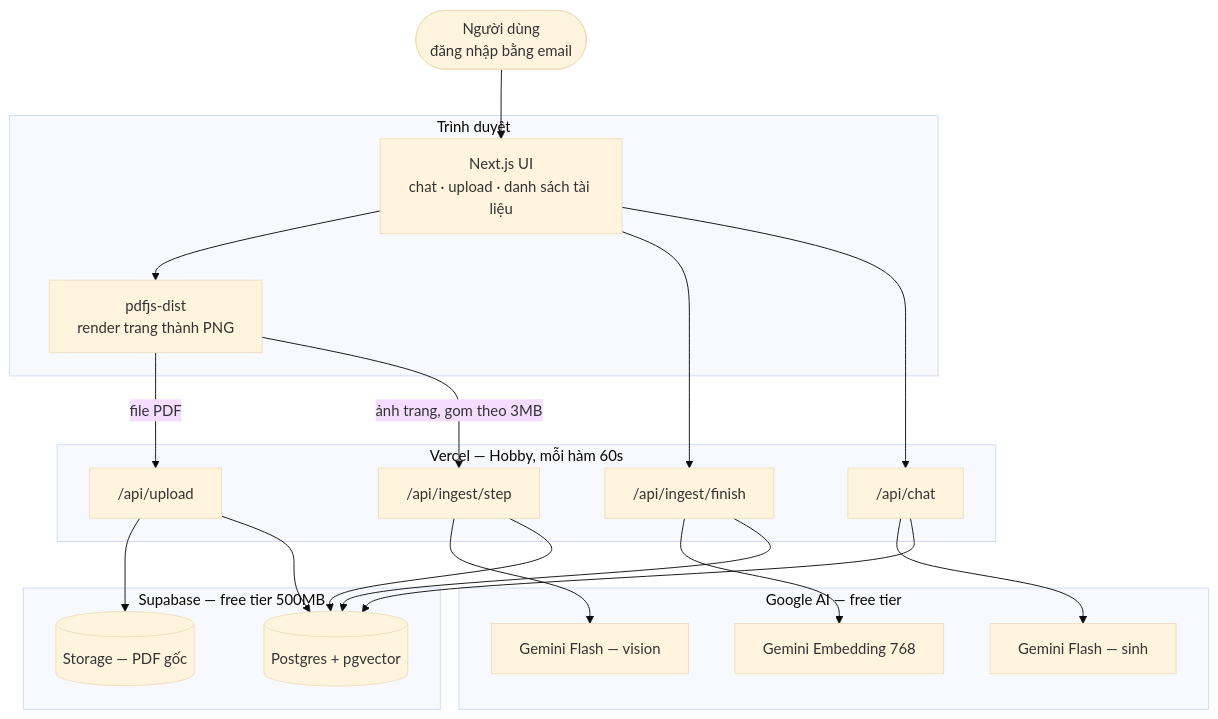
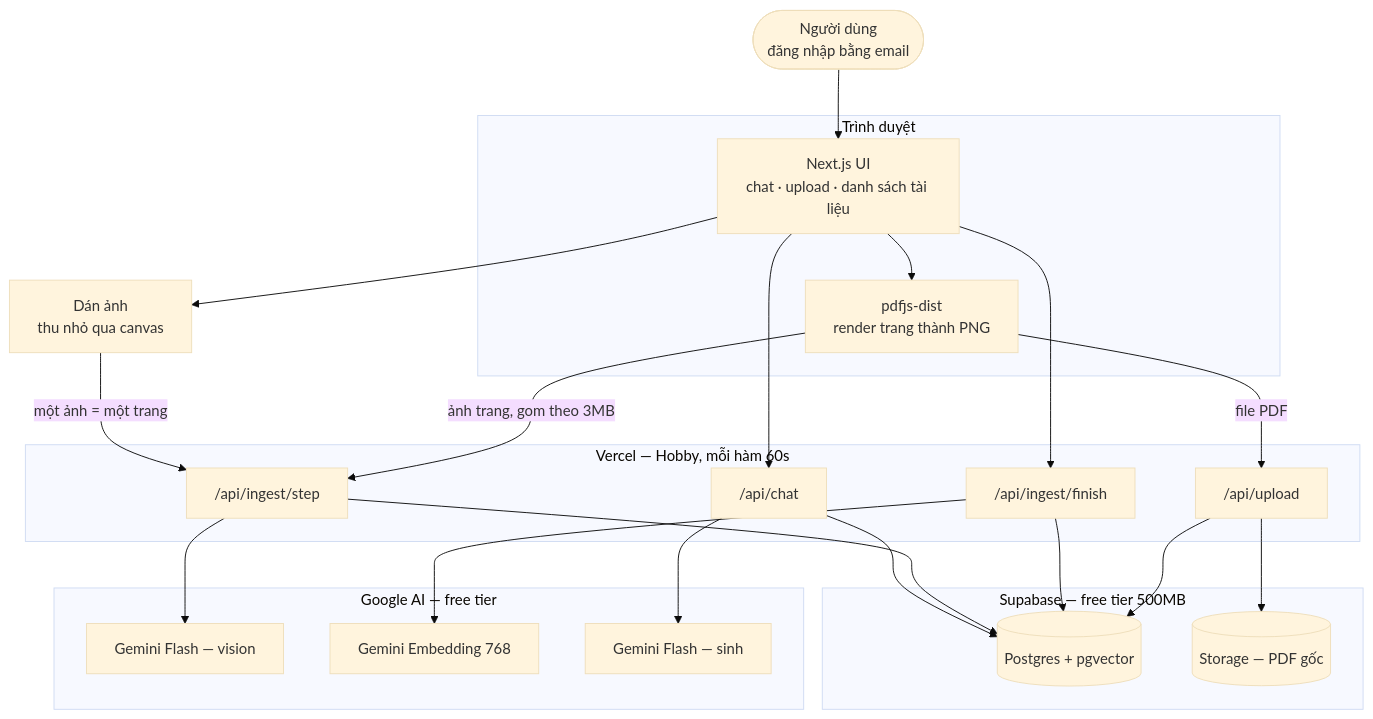
One commit to trantiendat0611/Docubo changed the first of 2 diagrams in docs/BAO_CAO.md. Above: the diagram before and after it, drawn with Mermaid (base theme). The commit also changed other lines of this file and 14 other files, not shown here.

````diff
--- a/docs/BAO_CAO.md
+++ b/docs/BAO_CAO.md
@@ -216,37 +217,40 @@
 ```mermaid
 graph TB
     USER(["Người dùng<br/>đăng nhập bằng email"])
 
     subgraph browser["Trình duyệt"]
         UI["Next.js UI<br/>chat · upload · danh sách tài liệu"]
         PDFJS["pdfjs-dist<br/>render trang thành PNG"]
     end
 
     subgraph vercel["Vercel — Hobby, mỗi hàm 60s"]
         UP["/api/upload"]
         STEP["/api/ingest/step"]
         FIN["/api/ingest/finish"]
         CHAT["/api/chat"]
     end
 
     subgraph google["Google AI — free tier"]
         VIS["Gemini Flash — vision"]
         EMB["Gemini Embedding 768"]
         GEN["Gemini Flash — sinh"]
     end
 
     subgraph supa["Supabase — free tier 500MB"]
         DB[("Postgres + pgvector")]
         ST[("Storage — PDF gốc")]
     end
 
+    PASTE["Dán ảnh<br/>thu nhỏ qua canvas"]
     USER --> UI --> PDFJS
+    UI --> PASTE
+    PASTE -->|"một ảnh = một trang"| STEP
     PDFJS -->|file PDF| UP --> ST
     PDFJS -->|"ảnh trang, gom theo 3MB"| STEP --> VIS
     UI --> FIN --> EMB
     UI --> CHAT --> GEN
     CHAT --> DB
     STEP --> DB
     FIN --> DB
     UP --> DB
 ```
````
